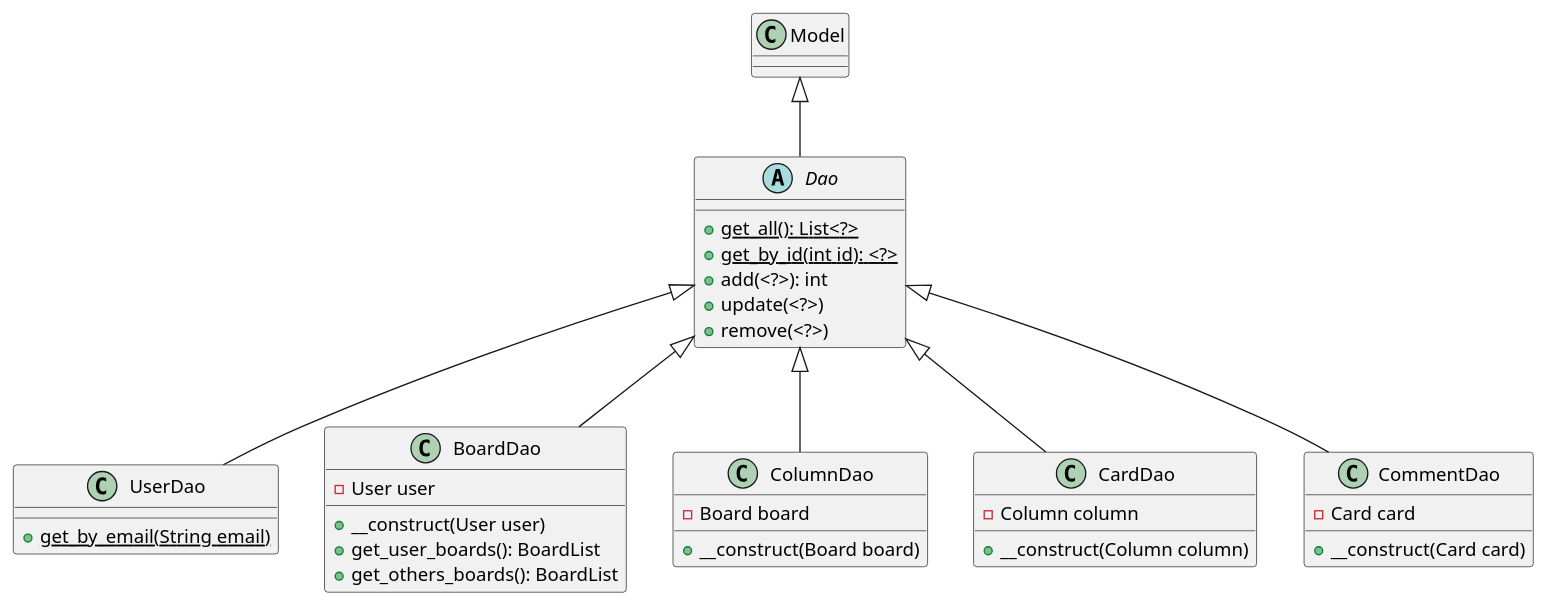
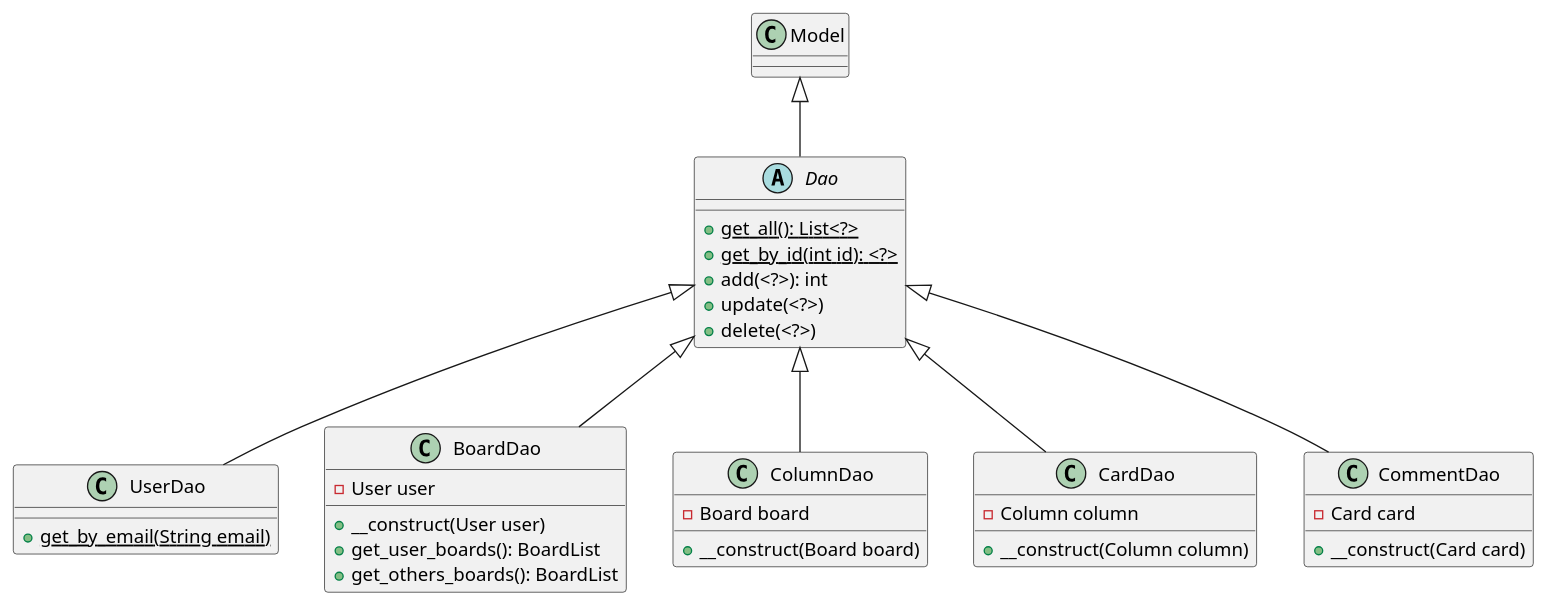
One commit to etic4/mini-trello-php changed the first of 4 diagrams in analyse/Diagrammes-V2.md. Above: the diagram before and after it, drawn with PlantUML. The commit also changed other lines of this file and 5 other files, not shown here.

````diff
--- a/analyse/Diagrammes-V2.md
+++ b/analyse/Diagrammes-V2.md
@@ -27,39 +27,39 @@
 ```plantuml
 @startuml
 
 abstract class Dao extends Model {
     + {static} get_all(): List<?>
     + {static} get_by_id(int id): <?>
     + add(<?>): int
     + update(<?>)
-    + remove(<?>)
+    + delete(<?>)
 }
 
 class UserDao extends Dao {
     + {static} get_by_email(String email) 
 }
 
 class BoardDao extends Dao {
     - User user
     + __construct(User user)
     + get_user_boards(): BoardList
     + get_others_boards(): BoardList
 }
 
 class ColumnDao extends Dao {
 - Board board
 + __construct(Board board)
 }
     
 class CardDao extends Dao {
     - Column column
     + __construct(Column column)
 }
 
 class CommentDao extends Dao {
     - Card card
     + __construct(Card card)
 }
 
 @enduml
 ```
````
